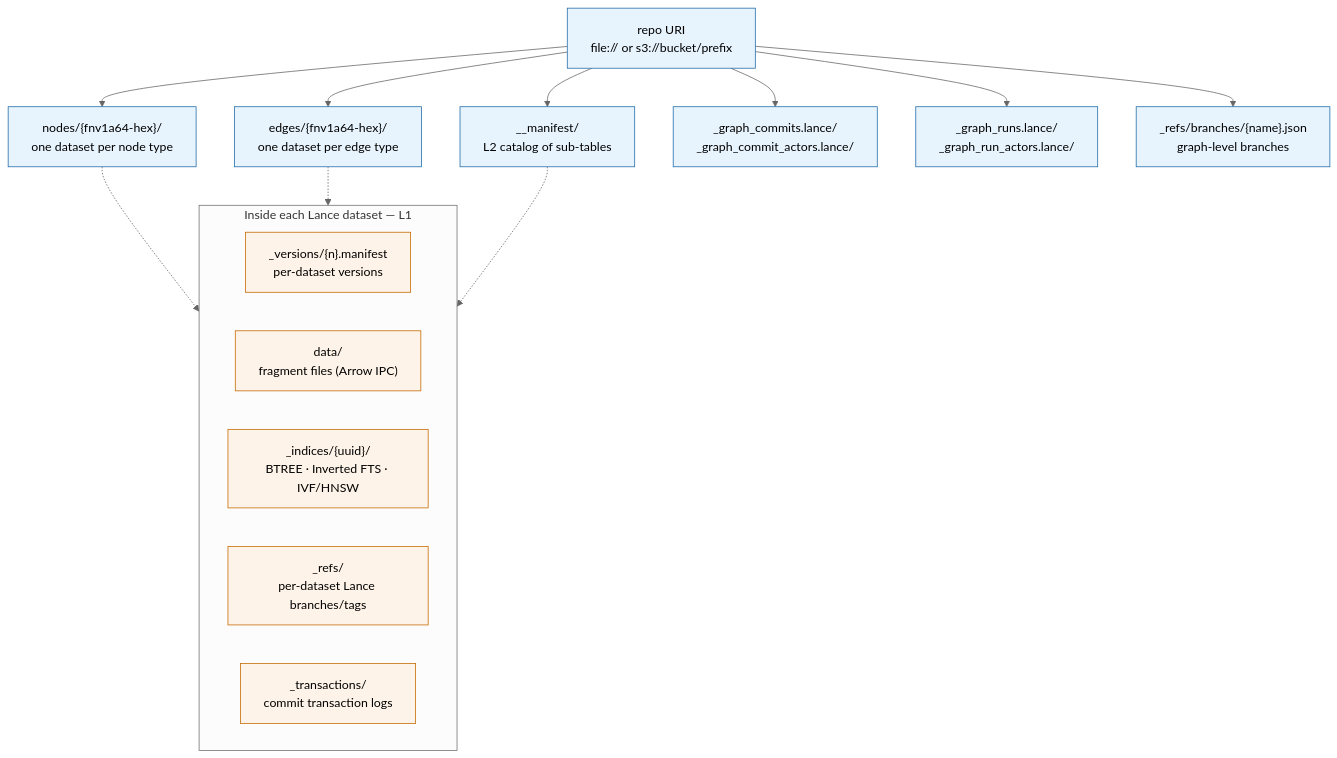
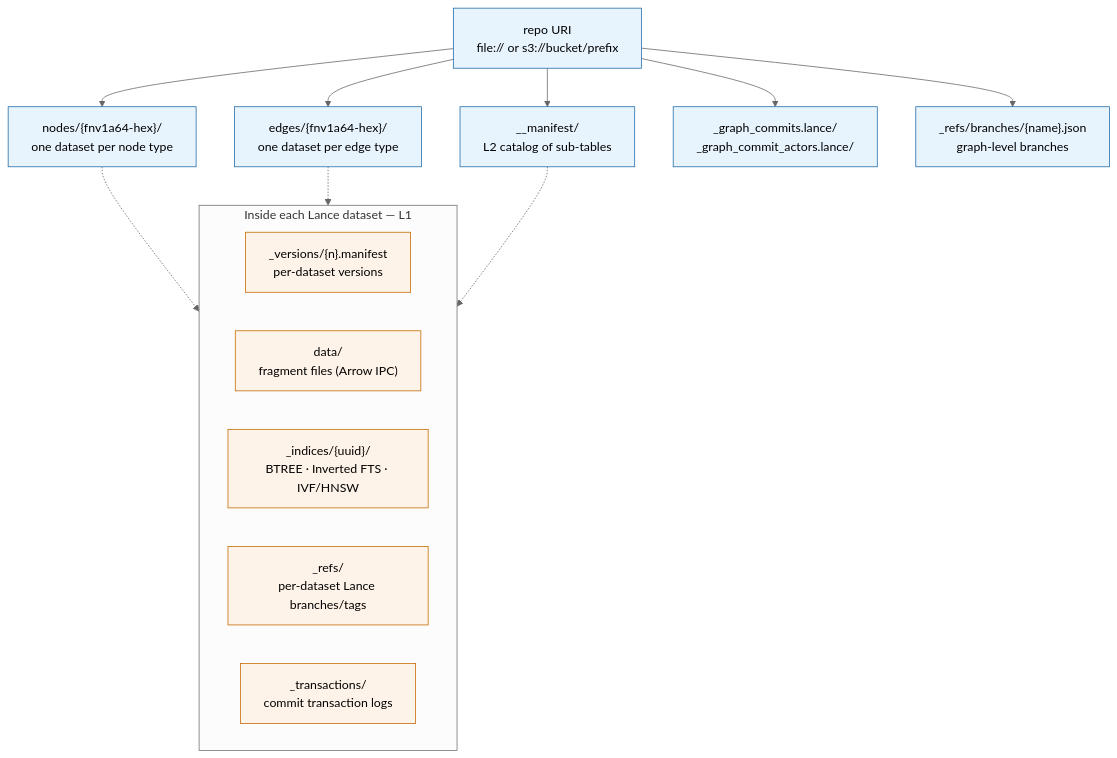
Before and after one commit to ModernRelay/omnigraph: the diagram in docs/storage.md, drawn with Mermaid (neutral theme). The commit also changed other lines of this file and 13 other files, not shown here.

First line of the commit message:
MR-794 step 2: docs — runs/invariants/architecture/execution + cleanup

````diff
--- a/docs/storage.md
+++ b/docs/storage.md
@@ -55,33 +55,31 @@
 ```mermaid
 flowchart TB
     classDef l1 fill:#fef3e8,stroke:#c46900,color:#000
     classDef l2 fill:#e8f4fd,stroke:#1e6aa8,color:#000
 
     repo["repo URI<br/>file:// or s3://bucket/prefix"]:::l2
 
     manifest["__manifest/<br/>L2 catalog of sub-tables"]:::l2
     nodes["nodes/{fnv1a64-hex}/<br/>one dataset per node type"]:::l2
     edges["edges/{fnv1a64-hex}/<br/>one dataset per edge type"]:::l2
     cgraph["_graph_commits.lance/<br/>_graph_commit_actors.lance/"]:::l2
-    runs["_graph_runs.lance/<br/>_graph_run_actors.lance/"]:::l2
     refs["_refs/branches/{name}.json<br/>graph-level branches"]:::l2
 
     repo --> manifest
     repo --> nodes
     repo --> edges
     repo --> cgraph
-    repo --> runs
     repo --> refs
 
     subgraph dataset[Inside each Lance dataset — L1]
         ds_v["_versions/{n}.manifest<br/>per-dataset versions"]:::l1
         ds_data["data/<br/>fragment files (Arrow IPC)"]:::l1
         ds_idx["_indices/{uuid}/<br/>BTREE · Inverted FTS · IVF/HNSW"]:::l1
         ds_refs["_refs/<br/>per-dataset Lance branches/tags"]:::l1
         ds_tx["_transactions/<br/>commit transaction logs"]:::l1
     end
 
     nodes -.-> dataset
     edges -.-> dataset
     manifest -.-> dataset
 ```
````
